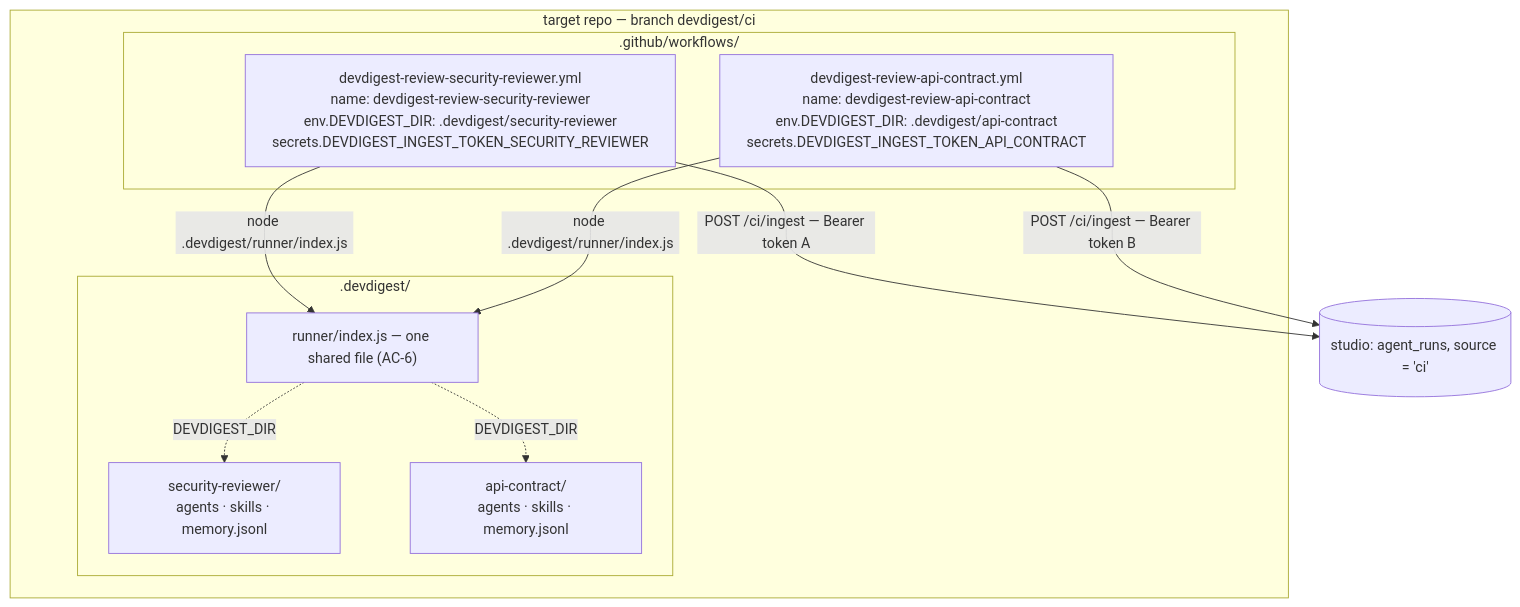
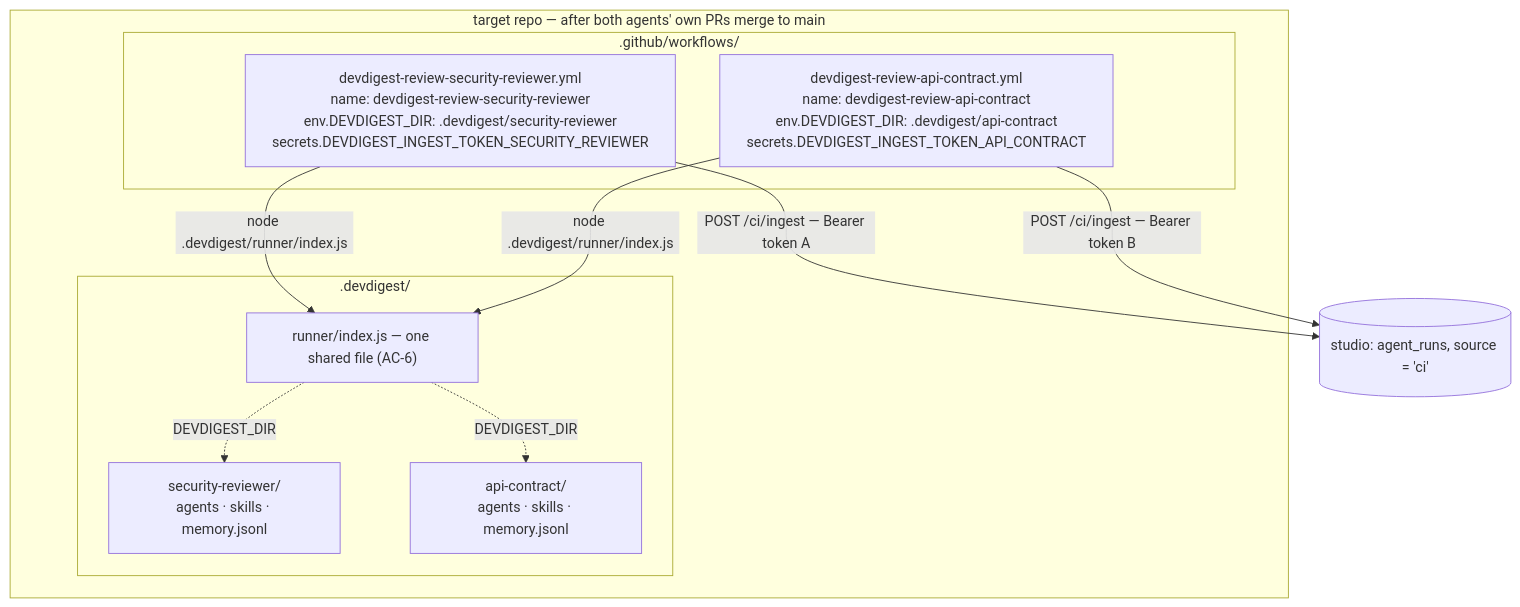
The first of 2 diagrams in docs/features/export-to-ci.md (AneliiaOleksiuk/dev-digest), drawn with Mermaid before and after one commit. The commit also changed other lines of this file and 11 other files, not shown here.

````diff
--- a/docs/features/export-to-ci.md
+++ b/docs/features/export-to-ci.md
@@ -353,20 +361,20 @@
 ```mermaid
 flowchart TD
-  subgraph repo["target repo — branch devdigest/ci"]
+  subgraph repo["target repo — after both agents' own PRs merge to main"]
     subgraph wf[".github/workflows/"]
       W1["devdigest-review-security-reviewer.yml<br/>name: devdigest-review-security-reviewer<br/>env.DEVDIGEST_DIR: .devdigest/security-reviewer<br/>secrets.DEVDIGEST_INGEST_TOKEN_SECURITY_REVIEWER"]
       W2["devdigest-review-api-contract.yml<br/>name: devdigest-review-api-contract<br/>env.DEVDIGEST_DIR: .devdigest/api-contract<br/>secrets.DEVDIGEST_INGEST_TOKEN_API_CONTRACT"]
     end
     subgraph dd[".devdigest/"]
       RUNNER["runner/index.js — one shared file (AC-6)"]
       NS1["security-reviewer/<br/>agents · skills · memory.jsonl"]
       NS2["api-contract/<br/>agents · skills · memory.jsonl"]
     end
   end
   W1 -->|node .devdigest/runner/index.js| RUNNER
   W2 -->|node .devdigest/runner/index.js| RUNNER
   RUNNER -.->|DEVDIGEST_DIR| NS1
   RUNNER -.->|DEVDIGEST_DIR| NS2
   W1 -->|POST /ci/ingest — Bearer token A| DB[("studio: agent_runs, source = 'ci'")]
   W2 -->|POST /ci/ingest — Bearer token B| DB
 ```
````
